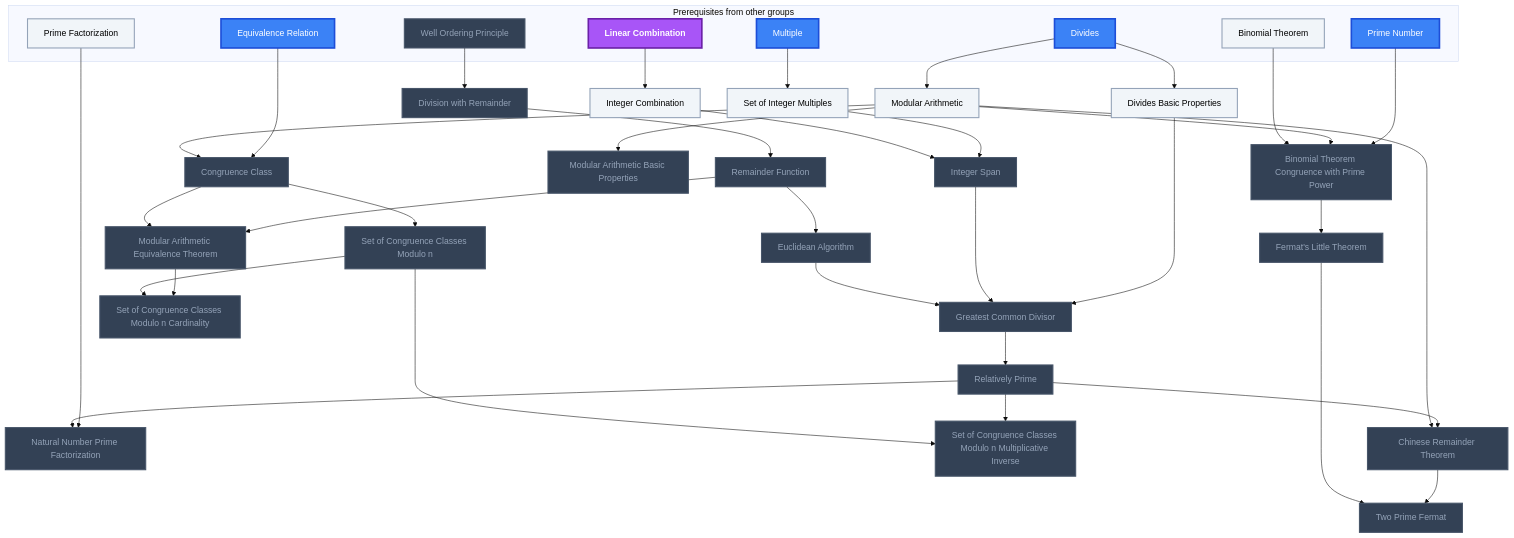
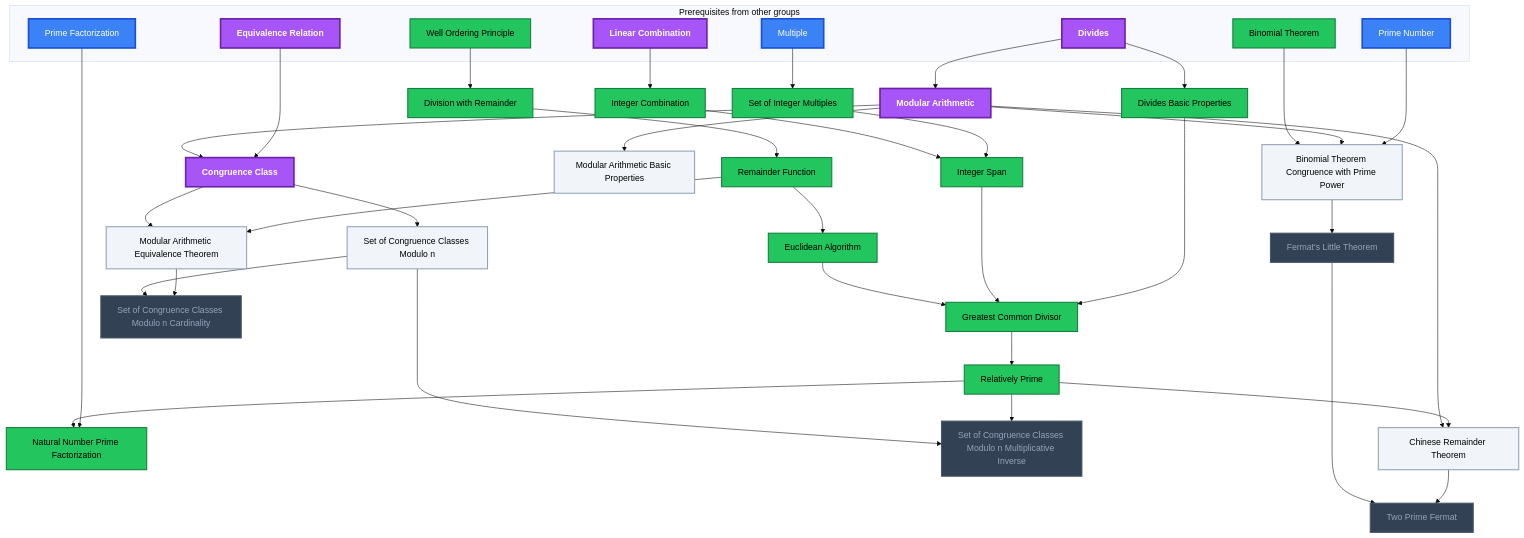
Before and after one commit to MRauf1/My-Notes: the first of 20 diagrams in Gamification/Skill Trees/Abstract Algebra.md, drawn with Mermaid (base theme). The commit also changed other lines of this file and 145 other files, not shown here.

````diff
--- a/Gamification/Skill Trees/Abstract Algebra.md
+++ b/Gamification/Skill Trees/Abstract Algebra.md
@@ -17,81 +17,82 @@
 ```mermaid
 flowchart TD
     classDef planned fill:#1E293B,stroke:#64748B,stroke-width:2px,stroke-dasharray:5 5,color:#94A3B8;
     classDef locked fill:#334155,stroke:#475569,stroke-width:2px,color:#94A3B8;
     classDef L0 fill:#F1F5F9,stroke:#94A3B8,stroke-width:2px,color:#000000;
     classDef L1 fill:#22C55E,stroke:#15803D,stroke-width:2px,color:#000000;
     classDef L2 fill:#3B82F6,stroke:#1D4ED8,stroke-width:3px,color:#FFFFFF;
     classDef L3 fill:#A855F7,stroke:#6B21A8,stroke-width:3px,color:#FFFFFF,font-weight:bold;
     classDef L4 fill:#F97316,stroke:#C2410C,stroke-width:4px,color:#000000,font-weight:bold;
     classDef L5 fill:#FFD700,stroke:#FF8C00,stroke-width:5px,color:#000000,font-weight:bold;
     classDef rusty stroke:#8B4513,stroke-width:4px,stroke-dasharray:3 3;
     subgraph sg_prereqs["Prerequisites from other groups"]
         n_well_ordering_principle["Well Ordering Principle"]
         n_divides["Divides"]
         n_multiple["Multiple"]
         n_linear_combination["Linear Combination"]
         n_prime_factorization["Prime Factorization"]
         n_equivalence_relation["Equivalence Relation"]
         n_binomial_theorem["Binomial Theorem"]
         n_prime_number["Prime Number"]
     end
     n_divides_basic_properties["Divides Basic Properties"]
     n_division_with_remainder["Division with Remainder"]
     n_remainder_function["Remainder Function"]
     n_set_of_integer_multiples["Set of Integer Multiples"]
     n_integer_combination["Integer Combination"]
     n_integer_span["Integer Span"]
     n_euclidean_algorithm["Euclidean Algorithm"]
     n_greatest_common_divisor["Greatest Common Divisor"]
     n_relatively_prime["Relatively Prime"]
     n_natural_number_prime_factorization["Natural Number Prime Factorization"]
     n_modular_arithmetic["Modular Arithmetic"]
     n_modular_arithmetic_basic_properties["Modular Arithmetic Basic Properties"]
     n_congruence_class["Congruence Class"]
     n_modular_arithmetic_equivalence_theorem["Modular Arithmetic Equivalence Theorem"]
     n_set_of_congruence_classes_modulo_n["Set of Congruence Classes Modulo n"]
     n_set_of_congruence_classes_modulo_n_cardinality["Set of Congruence Classes Modulo n Cardinality"]
     n_set_of_congruence_classes_modulo_n_multiplicative_inverse["Set of Congruence Classes Modulo n Multiplicative Inverse"]
     n_chinese_remainder_theorem["Chinese Remainder Theorem"]
     n_binomial_theorem_congruence_with_prime_power["Binomial Theorem Congruence with Prime Power"]
     n_fermat_s_little_theorem["Fermat's Little Theorem"]
     n_two_prime_fermat["Two Prime Fermat"]
     n_well_ordering_principle --> n_division_with_remainder
     n_division_with_remainder --> n_remainder_function
     n_divides --> n_divides_basic_properties
     n_multiple --> n_set_of_integer_multiples
     n_linear_combination --> n_integer_combination
     n_integer_combination --> n_integer_span
     n_set_of_integer_multiples --> n_integer_span
     n_remainder_function --> n_euclidean_algorithm
     n_euclidean_algorithm --> n_greatest_common_divisor
     n_integer_span --> n_greatest_common_divisor
     n_divides_basic_properties --> n_greatest_common_divisor
     n_greatest_common_divisor --> n_relatively_prime
     n_relatively_prime --> n_natural_number_prime_factorization
     n_prime_factorization --> n_natural_number_prime_factorization
     n_divides --> n_modular_arithmetic
     n_modular_arithmetic --> n_modular_arithmetic_basic_properties
     n_modular_arithmetic --> n_congruence_class
     n_equivalence_relation --> n_congruence_class
     n_congruence_class --> n_modular_arithmetic_equivalence_theorem
     n_remainder_function --> n_modular_arithmetic_equivalence_theorem
     n_congruence_class --> n_set_of_congruence_classes_modulo_n
     n_set_of_congruence_classes_modulo_n --> n_set_of_congruence_classes_modulo_n_cardinality
     n_modular_arithmetic_equivalence_theorem --> n_set_of_congruence_classes_modulo_n_cardinality
     n_set_of_congruence_classes_modulo_n --> n_set_of_congruence_classes_modulo_n_multiplicative_inverse
     n_relatively_prime --> n_set_of_congruence_classes_modulo_n_multiplicative_inverse
     n_modular_arithmetic --> n_chinese_remainder_theorem
     n_relatively_prime --> n_chinese_remainder_theorem
     n_binomial_theorem --> n_binomial_theorem_congruence_with_prime_power
     n_modular_arithmetic --> n_binomial_theorem_congruence_with_prime_power
     n_prime_number --> n_binomial_theorem_congruence_with_prime_power
     n_binomial_theorem_congruence_with_prime_power --> n_fermat_s_little_theorem
     n_fermat_s_little_theorem --> n_two_prime_fermat
     n_chinese_remainder_theorem --> n_two_prime_fermat
-    class n_well_ordering_principle,n_division_with_remainder,n_remainder_function,n_integer_span,n_euclidean_algorithm,n_greatest_common_divisor,n_relatively_prime,n_natural_number_prime_factorization,n_modular_arithmetic_basic_properties,n_congruence_class,n_modular_arithmetic_equivalence_theorem,n_set_of_congruence_classes_modulo_n,n_set_of_congruence_classes_modulo_n_cardinality,n_set_of_congruence_classes_modulo_n_multiplicative_inverse,n_chinese_remainder_theorem,n_binomial_theorem_congruence_with_prime_power,n_fermat_s_little_theorem,n_two_prime_fermat locked;
-    class n_prime_factorization,n_binomial_theorem,n_divides_basic_properties,n_set_of_integer_multiples,n_integer_combination,n_modular_arithmetic L0;
-    class n_divides,n_multiple,n_equivalence_relation,n_prime_number L2;
-    class n_linear_combination L3;
+    class n_set_of_congruence_classes_modulo_n_cardinality,n_set_of_congruence_classes_modulo_n_multiplicative_inverse,n_fermat_s_little_theorem,n_two_prime_fermat locked;
+    class n_modular_arithmetic_basic_properties,n_modular_arithmetic_equivalence_theorem,n_set_of_congruence_classes_modulo_n,n_chinese_remainder_theorem,n_binomial_theorem_congruence_with_prime_power L0;
+    class n_well_ordering_principle,n_binomial_theorem,n_divides_basic_properties,n_division_with_remainder,n_remainder_function,n_set_of_integer_multiples,n_integer_combination,n_integer_span,n_euclidean_algorithm,n_greatest_common_divisor,n_relatively_prime,n_natural_number_prime_factorization L1;
+    class n_multiple,n_prime_factorization,n_prime_number L2;
+    class n_divides,n_linear_combination,n_equivalence_relation,n_modular_arithmetic,n_congruence_class L3;
     class n_well_ordering_principle,n_divides,n_multiple,n_linear_combination,n_prime_factorization,n_equivalence_relation,n_binomial_theorem,n_prime_number,n_divides_basic_properties,n_division_with_remainder,n_remainder_function,n_set_of_integer_multiples,n_integer_combination,n_integer_span,n_euclidean_algorithm,n_greatest_common_divisor,n_relatively_prime,n_natural_number_prime_factorization,n_modular_arithmetic,n_modular_arithmetic_basic_properties,n_congruence_class,n_modular_arithmetic_equivalence_theorem,n_set_of_congruence_classes_modulo_n,n_set_of_congruence_classes_modulo_n_cardinality,n_set_of_congruence_classes_modulo_n_multiplicative_inverse,n_chinese_remainder_theorem,n_binomial_theorem_congruence_with_prime_power,n_fermat_s_little_theorem,n_two_prime_fermat internal-link;
 ```
````
